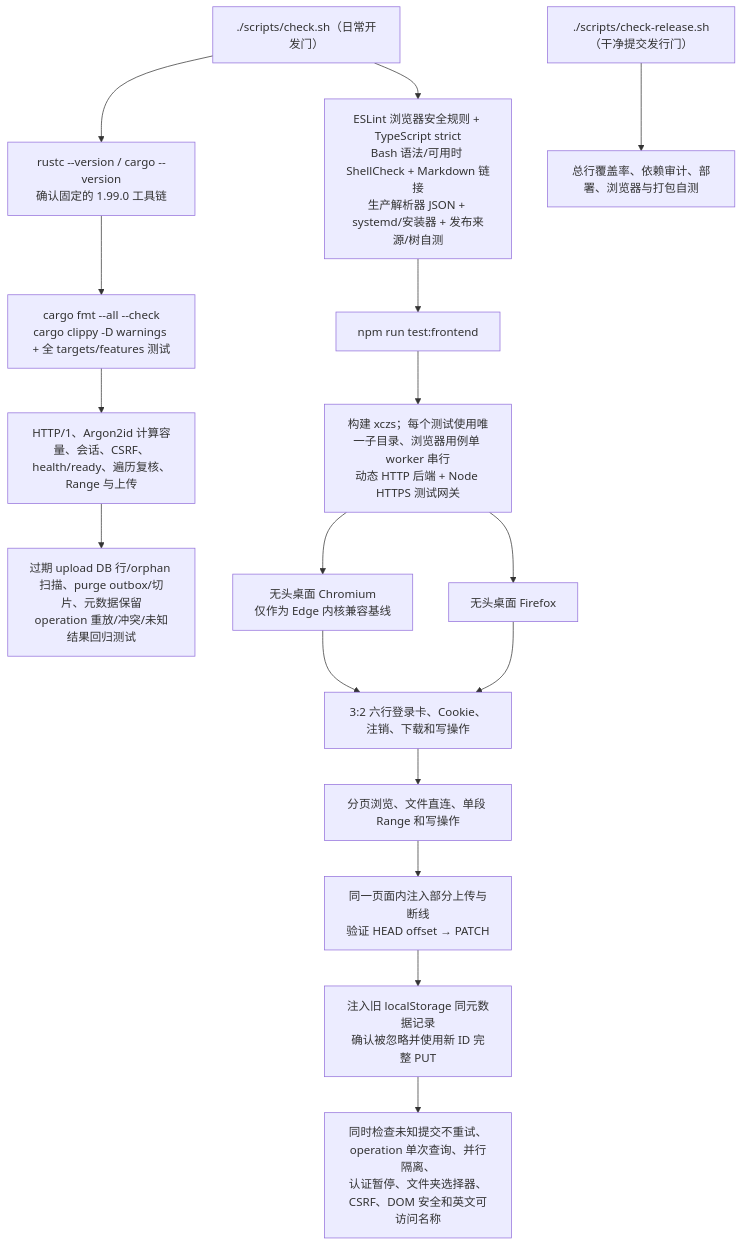
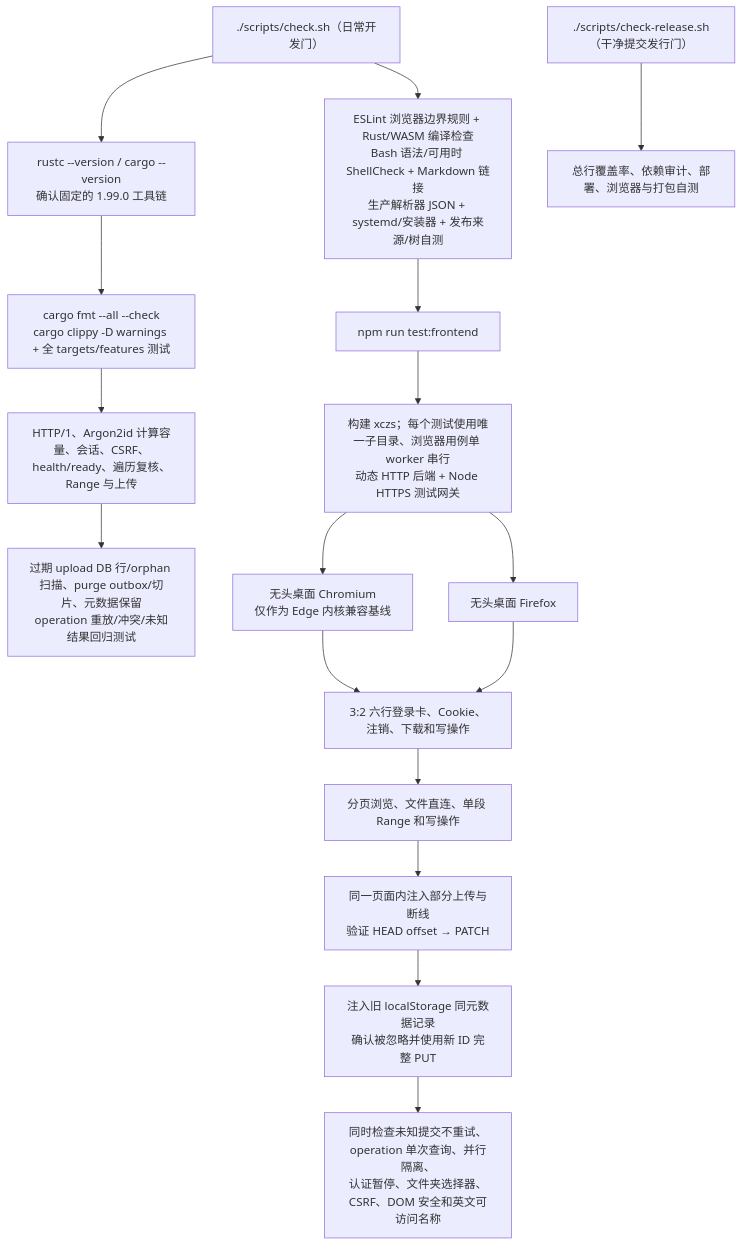
Diagram 17 of 17 in docs/project-workflow.md (isarmg/xczs), drawn with Mermaid before and after one commit. The commit also changed other lines of this file and 160 other files, not shown here.

````diff
--- a/docs/project-workflow.md
+++ b/docs/project-workflow.md
@@ -803,19 +805,19 @@
 ```mermaid
 flowchart TD
     TEST["./scripts/check.sh（日常开发门）"] --> TOOLCHAIN["rustc --version / cargo --version<br/>确认固定的 1.99.0 工具链"]
     TOOLCHAIN --> RUST["cargo fmt --all --check<br/>cargo clippy -D warnings + 全 targets/features 测试"]
     RELEASE["./scripts/check-release.sh（干净提交发行门）"] --> QUALITY["总行覆盖率、依赖审计、部署、浏览器与打包自测"]
-    TEST --> STATIC["ESLint 浏览器安全规则 + TypeScript strict<br/>Bash 语法/可用时 ShellCheck + Markdown 链接<br/>生产解析器 JSON + systemd/安装器 + 发布来源/树自测"]
+    TEST --> STATIC["ESLint 浏览器边界规则 + Rust/WASM 编译检查<br/>Bash 语法/可用时 ShellCheck + Markdown 链接<br/>生产解析器 JSON + systemd/安装器 + 发布来源/树自测"]
     STATIC --> FRONT["npm run test:frontend"]
     RUST --> ROUTES["HTTP/1、Argon2id 计算容量、会话、CSRF、health/ready、遍历复核、Range 与上传"]
     ROUTES --> MAINTENANCE["过期 upload DB 行/orphan 扫描、purge outbox/切片、元数据保留<br/>operation 重放/冲突/未知结果回归测试"]
     FRONT --> BUILD["构建 xczs；每个测试使用唯一子目录、浏览器用例单 worker 串行<br/>动态 HTTP 后端 + Node HTTPS 测试网关"]
     BUILD --> CHROMIUM["无头桌面 Chromium<br/>仅作为 Edge 内核兼容基线"]
     BUILD --> FIREFOX["无头桌面 Firefox"]
     CHROMIUM --> FLOWS["3:2 六行登录卡、Cookie、注销、下载和写操作"]
     FIREFOX --> FLOWS
     FLOWS --> RANGE["分页浏览、文件直连、单段 Range 和写操作"]
     RANGE --> FAULT["同一页面内注入部分上传与断线<br/>验证 HEAD offset → PATCH"]
     FAULT --> IDENTITY["注入旧 localStorage 同元数据记录<br/>确认被忽略并使用新 ID 完整 PUT"]
     IDENTITY --> OTHER["同时检查未知提交不重试、operation 单次查询、并行隔离、<br/>认证暂停、文件夹选择器、CSRF、DOM 安全和英文可访问名称"]
 ```
````
